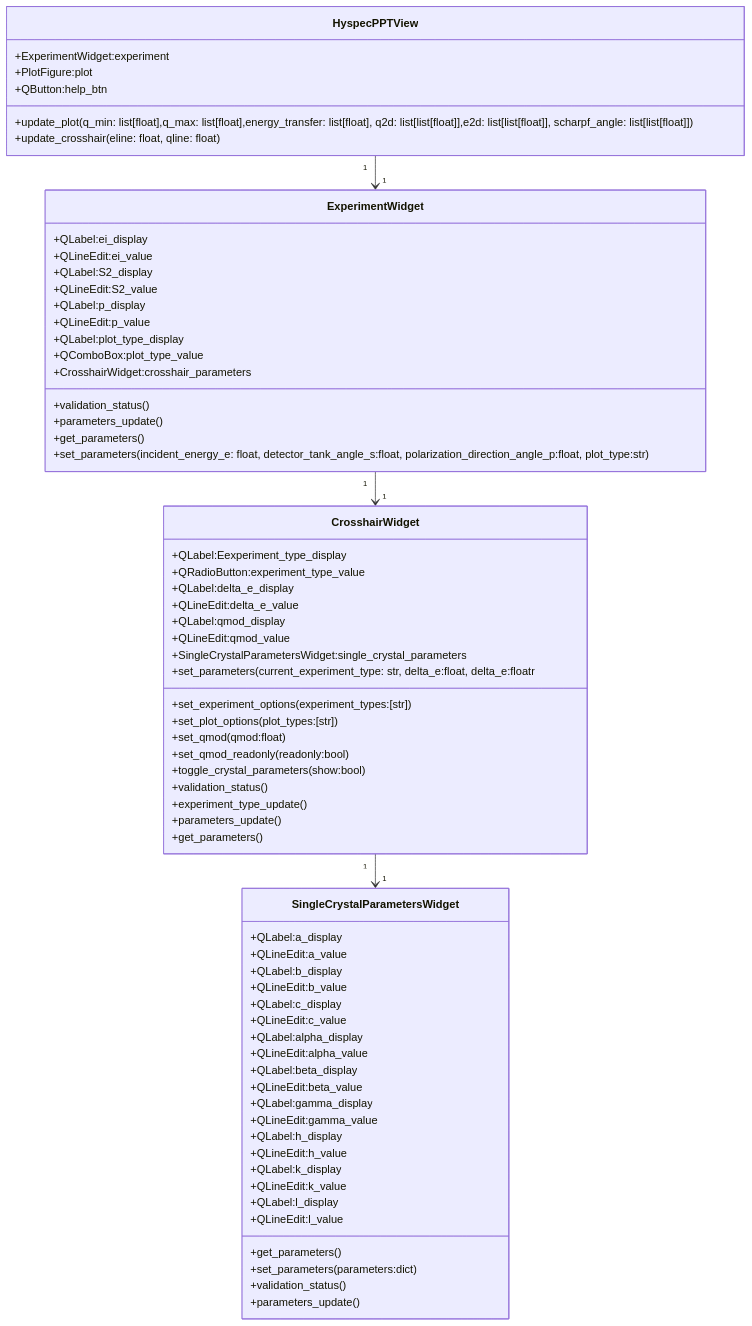
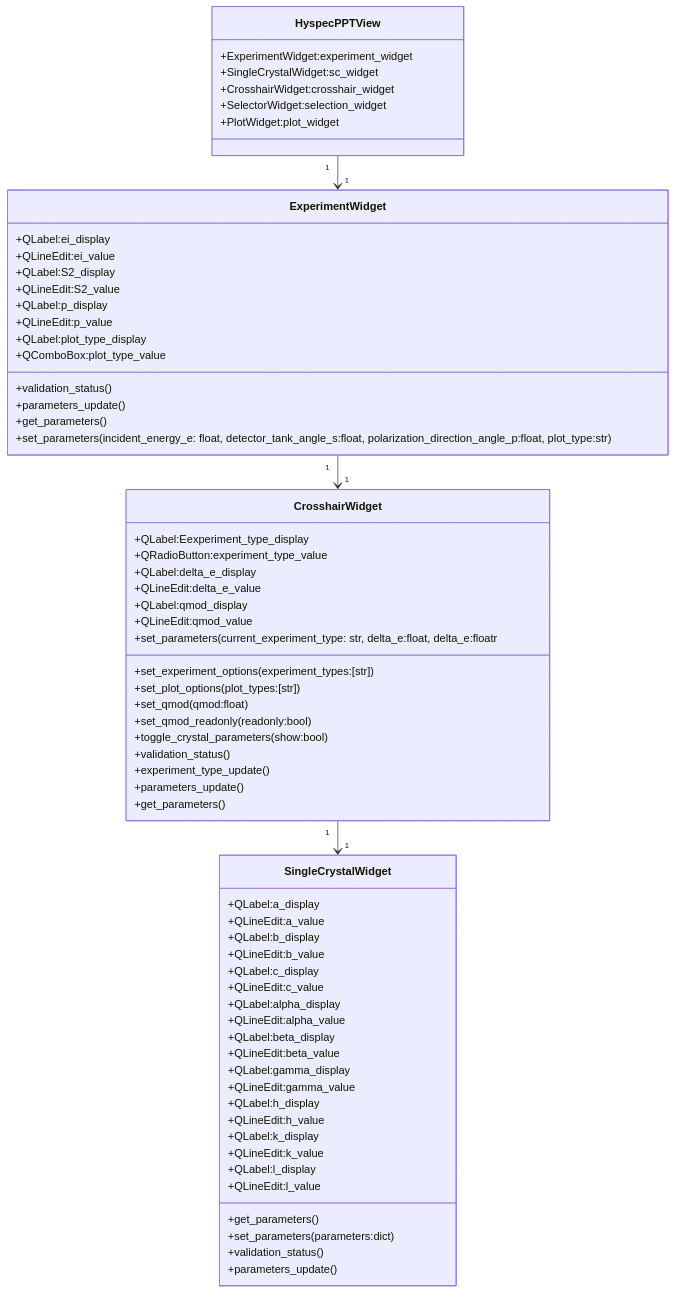
One commit to neutrons/hyspecppt changed the second of 14 diagrams in docs/source/design/hyspecpptclasses.rst. Above: the diagram before and after it, drawn with Mermaid. The commit also changed other lines of this file and 3 other files, not shown here.

```diff
--- a/docs/source/design/hyspecpptclasses.rst
+++ b/docs/source/design/hyspecpptclasses.rst
@@ -264,78 +114,76 @@
 .. mermaid::
 
  classDiagram
     HyspecPPTView "1" -->"1" ExperimentWidget
     ExperimentWidget "1" -->"1" CrosshairWidget
-    CrosshairWidget "1" -->"1" SingleCrystalParametersWidget
+    CrosshairWidget "1" -->"1" SingleCrystalWidget
 
     class HyspecPPTView{
-        +ExperimentWidget:experiment
-        +PlotFigure:plot
-        +QButton:help_btn
-        +update_plot(q_min: list[float],q_max: list[float],energy_transfer: list[float], q2d: list[list[float]],e2d: list[list[float]], scharpf_angle: list[list[float]])
-        +update_crosshair(eline: float, qline: float)
+        +ExperimentWidget:experiment_widget
+        +SingleCrystalWidget:sc_widget
+        +CrosshairWidget:crosshair_widget
+        +SelectorWidget:selection_widget
+        +PlotWidget:plot_widget
 
     }
 
     class ExperimentWidget{
         +QLabel:ei_display
         +QLineEdit:ei_value
         +QLabel:S2_display
         +QLineEdit:S2_value
         +QLabel:p_display
         +QLineEdit:p_value
         +QLabel:plot_type_display
         +QComboBox:plot_type_value
-        +CrosshairWidget:crosshair_parameters
         +validation_status()
         +parameters_update()
         +get_parameters()
         +set_parameters(incident_energy_e: float, detector_tank_angle_s:float, polarization_direction_angle_p:float, plot_type:str)
 
     }
 
     class CrosshairWidget{
         +QLabel:Eexperiment_type_display
         +QRadioButton:experiment_type_value
         +QLabel:delta_e_display
         +QLineEdit:delta_e_value
         +QLabel:qmod_display
         +QLineEdit:qmod_value
-        +SingleCrystalParametersWidget:single_crystal_parameters
         +set_experiment_options(experiment_types:[str])
         +set_plot_options(plot_types:[str])
         +set_qmod(qmod:float)
         +set_qmod_readonly(readonly:bool)
         +toggle_crystal_parameters(show:bool)
         +validation_status()
         +experiment_type_update()
         +parameters_update()
         +get_parameters()
         +set_parameters(current_experiment_type: str, delta_e:float, delta_e:floatr
     }
 
-    class SingleCrystalParametersWidget{
+    class SingleCrystalWidget{
         +QLabel:a_display
         +QLineEdit:a_value
         +QLabel:b_display
         +QLineEdit:b_value
         +QLabel:c_display
         +QLineEdit:c_value
         +QLabel:alpha_display
         +QLineEdit:alpha_value
         +QLabel:beta_display
         +QLineEdit:beta_value
         +QLabel:gamma_display
         +QLineEdit:gamma_value
         +QLabel:h_display
         +QLineEdit:h_value
         +QLabel:k_display
         +QLineEdit:k_value
         +QLabel:l_display
         +QLineEdit:l_value
         +get_parameters()
         +set_parameters(parameters:dict)
         +validation_status()
         +parameters_update()
 
     }
```
